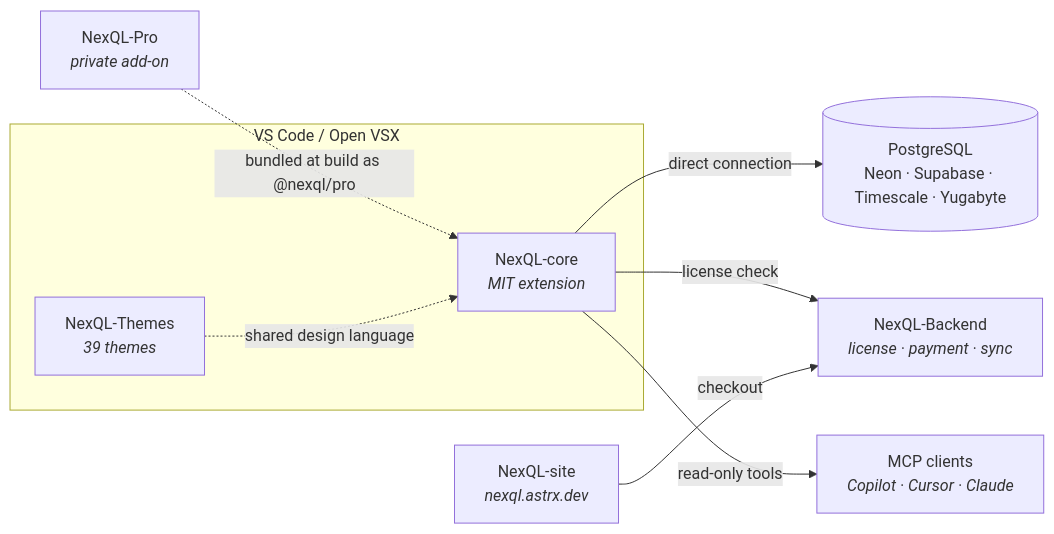
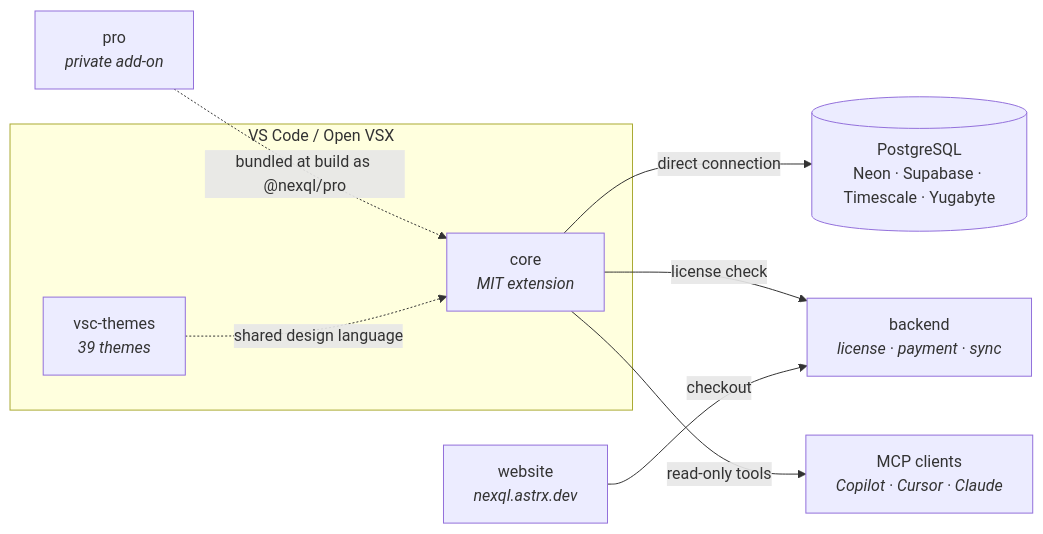
The diagram in profile/README.md (NexQL-OSS/.github), drawn with Mermaid before and after one commit. The commit also changed other lines of this file, not shown here.

````diff
--- a/profile/README.md
+++ b/profile/README.md
@@ -108,20 +108,20 @@
 ```mermaid
 flowchart LR
     subgraph editor["VS Code / Open VSX"]
-        core["NexQL-core<br/><i>MIT extension</i>"]
-        themes["NexQL-Themes<br/><i>39 themes</i>"]
+        core["core<br/><i>MIT extension</i>"]
+        themes["vsc-themes<br/><i>39 themes</i>"]
     end
 
-    pro["NexQL-Pro<br/><i>private add-on</i>"]
-    backend["NexQL-Backend<br/><i>license · payment · sync</i>"]
-    site["NexQL-site<br/><i>nexql.astrx.dev</i>"]
+    pro["pro<br/><i>private add-on</i>"]
+    backend["backend<br/><i>license · payment · sync</i>"]
+    site["website<br/><i>nexql.astrx.dev</i>"]
     pg[("PostgreSQL<br/>Neon · Supabase · Timescale · Yugabyte")]
     agents["MCP clients<br/><i>Copilot · Cursor · Claude</i>"]
 
     core -->|"direct connection"| pg
     pro -.->|"bundled at build as @nexql/pro"| core
     core -->|"license check"| backend
     site -->|"checkout"| backend
     core -->|"read-only tools"| agents
     themes -.->|"shared design language"| core
 ```
````
